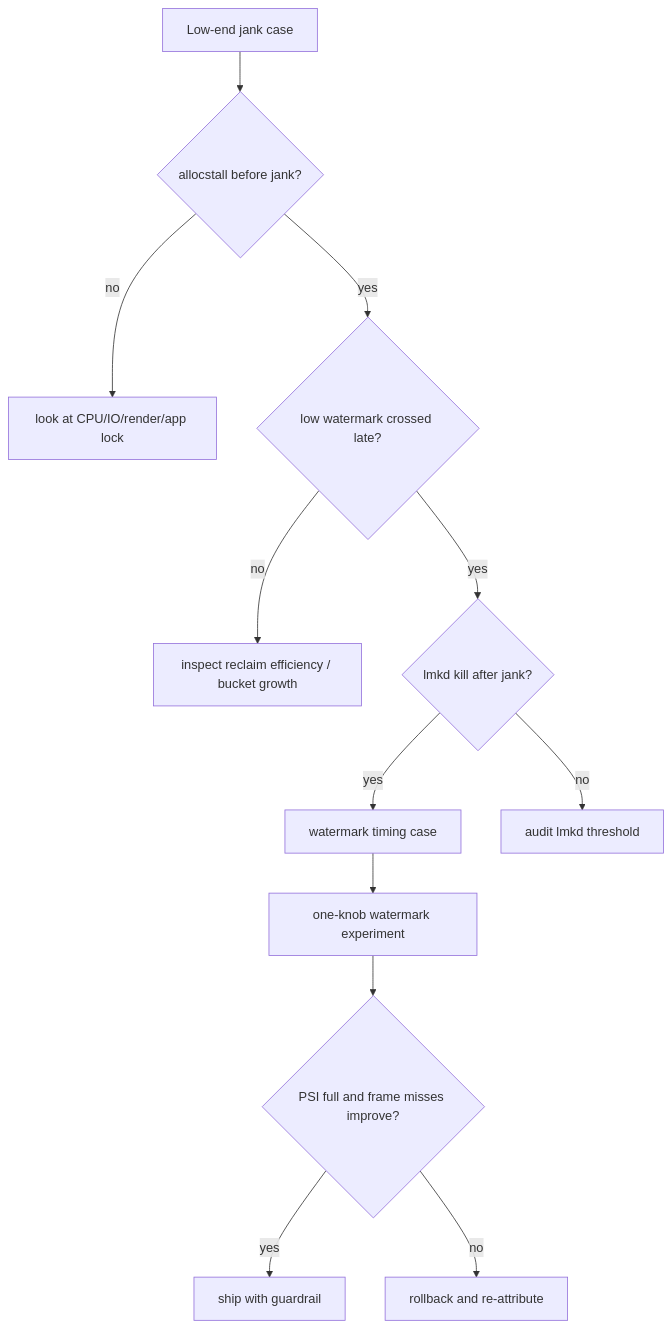
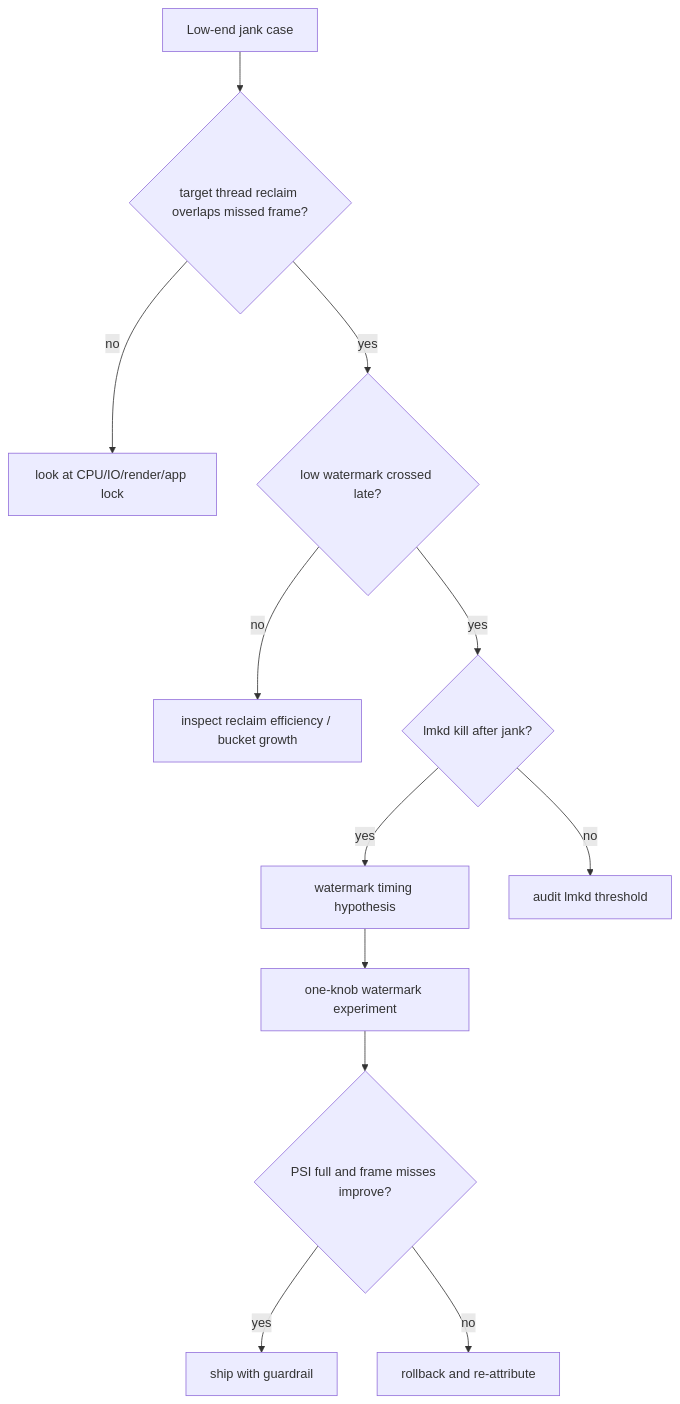
The sixth of 7 diagrams in docs/week-10/day64-case-watermark-too-low-jank.md (hello-he/android-memory-expert), drawn with Mermaid before and after one commit. The commit also changed other lines of this file and 13 other files, not shown here.

````diff
--- a/docs/week-10/day64-case-watermark-too-low-jank.md
+++ b/docs/week-10/day64-case-watermark-too-low-jank.md
@@ -136,14 +156,14 @@
 ```mermaid
 flowchart TD
-    A[Low-end jank case] --> B{allocstall before jank?}
+    A[Low-end jank case] --> B{target thread reclaim overlaps missed frame?}
     B -- no --> C[look at CPU/IO/render/app lock]
     B -- yes --> D{low watermark crossed late?}
     D -- no --> E[inspect reclaim efficiency / bucket growth]
     D -- yes --> F{lmkd kill after jank?}
-    F -- yes --> G[watermark timing case]
+    F -- yes --> G[watermark timing hypothesis]
     F -- no --> H[audit lmkd threshold]
     G --> I[one-knob watermark experiment]
     I --> J{PSI full and frame misses improve?}
     J -- yes --> K[ship with guardrail]
     J -- no --> L[rollback and re-attribute]
 ```
````
